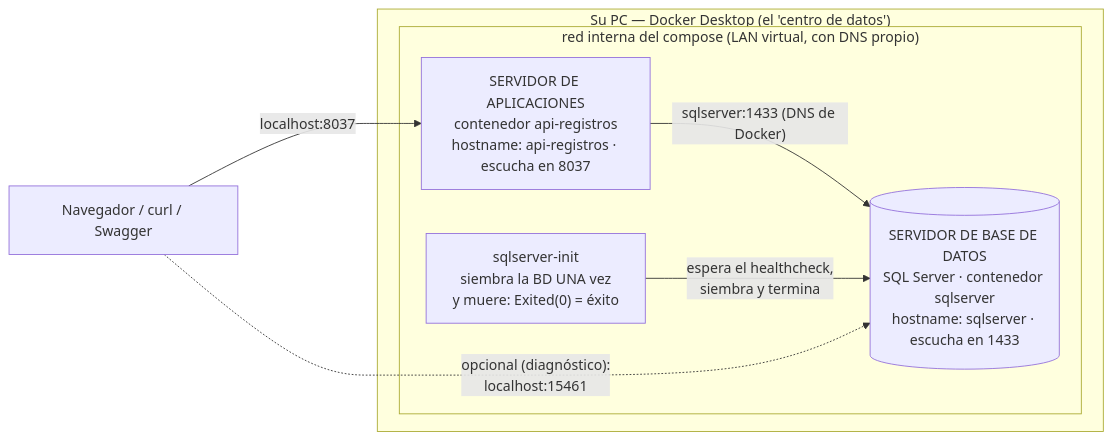
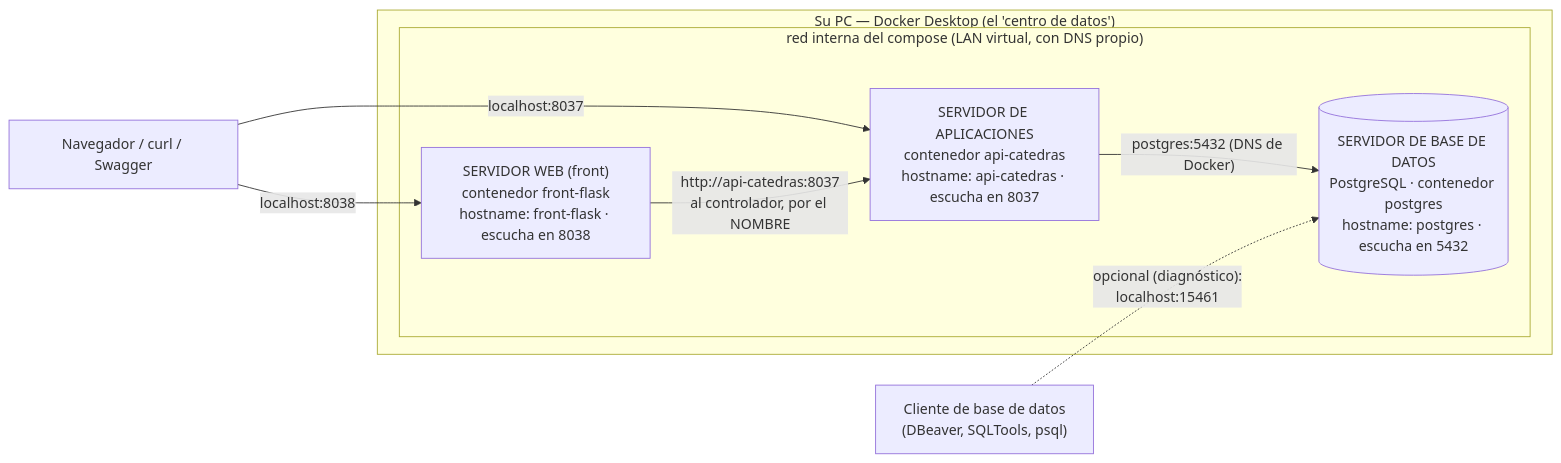
One commit to ccastro2050/proyecto_catedras1 changed the first of 2 diagrams in docs/CONCEPTOS_DOCKER.md. Above: the diagram before and after it, drawn with Mermaid. The commit also changed other lines of this file, not shown here.

Commit message:
docs(docker): el diagrama sale del docker-compose real, y ninguna flecha miente
Tres cosas que el dibujo decia y no eran ciertas:

1. Una flecha punteada iba del FRONT a una base de datos para decir que NO
   existe. Dibujar lo que no pasa ensena lo contrario: lo que queda es la
   linea, y ademas sugeria que lo unico que lo impide es estar en otra red.
   Se quita. El front habla con los controladores de la API y ahi se acaba.

2. La punteada al puerto de la base salia del navegador, y un navegador no
   habla SQL. Esa conexion si existe, pero quien la usa es un cliente de base
   de datos: ahora tiene su propio nodo.

3. El diagrama de despliegue venia copiado de otro proyecto: dibujaba
   contenedores que no existen aqui, se saltaba el front entero y citaba
   puertos de otro repositorio. Ahora se genera desde el docker-compose.yml
   de ESTE repo: un nodo por servicio declarado, una puerta localhost:N solo
   si el compose la publica, y una flecha entre servicios solo si uno nombra
   al otro en su environment o en depends_on.

Verificado: 169 puertas dibujadas, 0 que el compose no publique; 0 repos con
contenedores inventados u omitidos; los diagramas renderizan con mmdc.

````diff
--- a/docs/CONCEPTOS_DOCKER.md
+++ b/docs/CONCEPTOS_DOCKER.md
@@ -193,15 +193,17 @@
 ```mermaid
 flowchart LR
     NAV["Navegador / curl / Swagger"]
+    CLIENTE["Cliente de base de datos<br/>(DBeaver, SQLTools, psql)"]
     subgraph PC["Su PC — Docker Desktop (el 'centro de datos')"]
         subgraph RED["red interna del compose (LAN virtual, con DNS propio)"]
-            APIFACTURAS["SERVIDOR DE APLICACIONES<br/>contenedor api-registros<br/>hostname: api-registros · escucha en 8037"]
-            SQLSERVER[("SERVIDOR DE BASE DE DATOS<br/>SQL Server · contenedor sqlserver<br/>hostname: sqlserver · escucha en 1433")]
-            SQLSERVERINIT["sqlserver-init<br/>siembra la BD UNA vez<br/>y muere: Exited(0) = éxito"]
+            FRONTFLASK["SERVIDOR WEB (front)<br/>contenedor front-flask<br/>hostname: front-flask · escucha en 8038"]
+            APICATEDRAS["SERVIDOR DE APLICACIONES<br/>contenedor api-catedras<br/>hostname: api-catedras · escucha en 8037"]
+            POSTGRES[("SERVIDOR DE BASE DE DATOS<br/>PostgreSQL · contenedor postgres<br/>hostname: postgres · escucha en 5432")]
         end
     end
-    NAV -->|"localhost:8037"| APIFACTURAS
-    APIFACTURAS -->|"sqlserver:1433 (DNS de Docker)"| SQLSERVER
-    SQLSERVERINIT -->|"espera el healthcheck,<br/>siembra y termina"| SQLSERVER
-    NAV -.->|"opcional (diagnóstico):<br/>localhost:15461"| SQLSERVER
+    NAV -->|"localhost:8037"| APICATEDRAS
+    NAV -->|"localhost:8038"| FRONTFLASK
+    APICATEDRAS -->|"postgres:5432 (DNS de Docker)"| POSTGRES
+    FRONTFLASK -->|"http://api-catedras:8037<br/>al controlador, por el NOMBRE"| APICATEDRAS
+    CLIENTE -.->|"opcional (diagnóstico):<br/>localhost:15461"| POSTGRES
 ```
````
